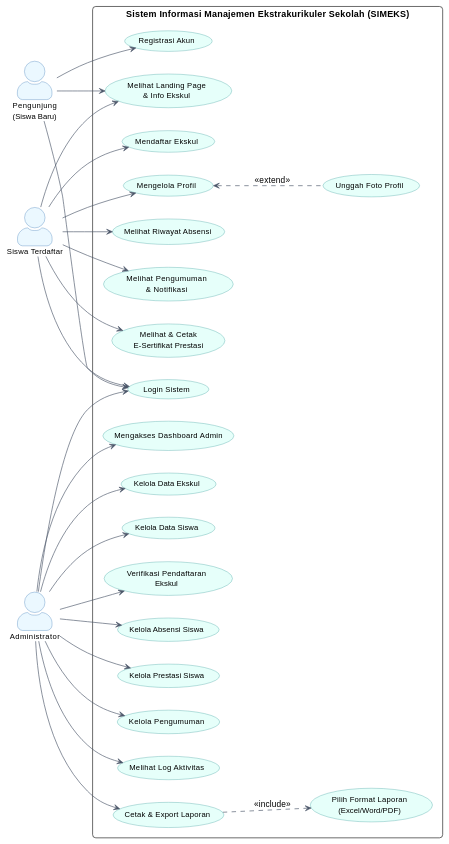
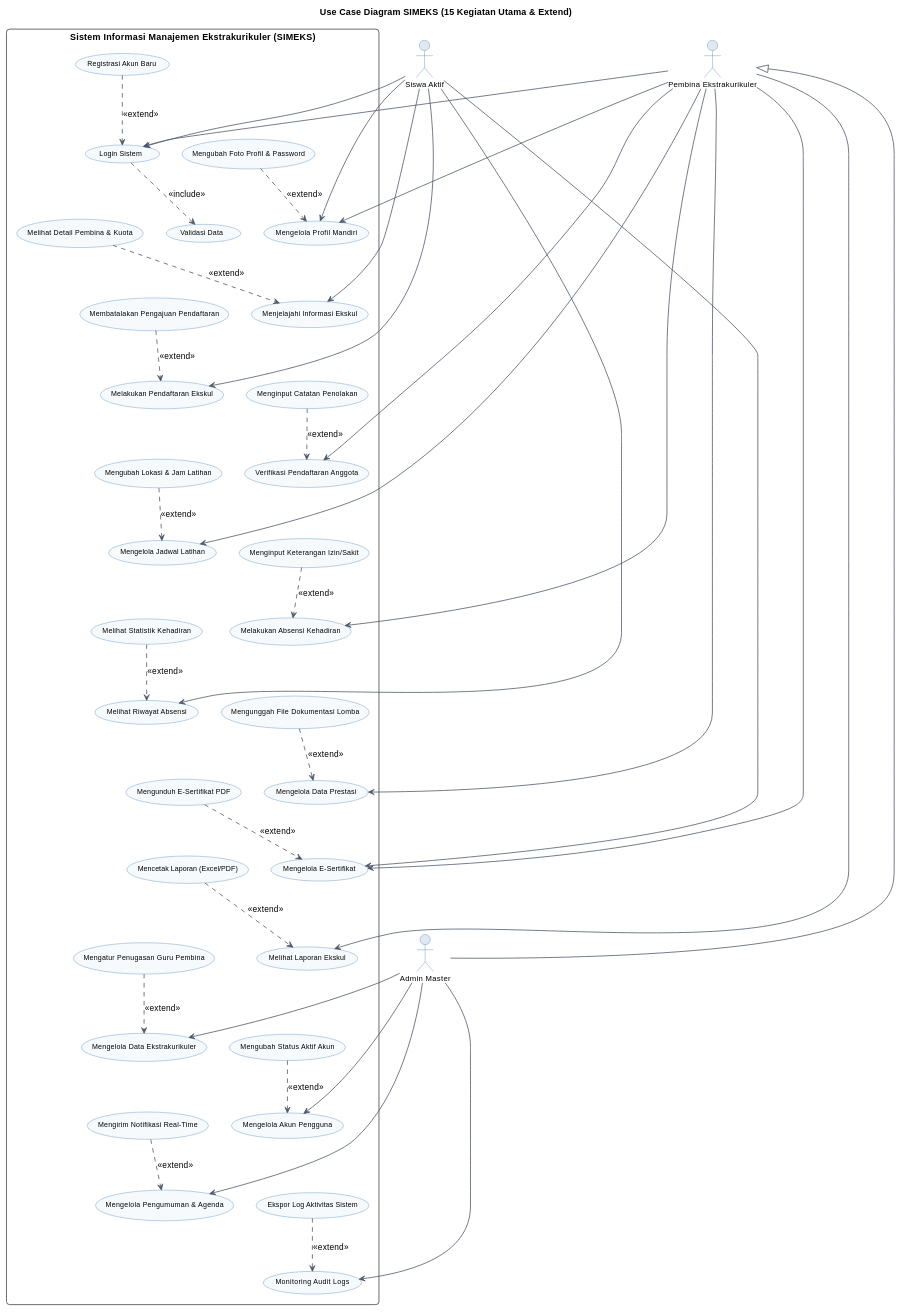
Before and after one commit to Darmanto212/SIMEKS: the diagram in use_case_simeks.md, drawn with PlantUML. The commit also changed other lines of this file and 4 other files, not shown here.

Commit message:
Update use case diagram, UI design documents, and user profile

````diff
--- a/use_case_simeks.md
+++ b/use_case_simeks.md
@@ -57,90 +94,153 @@
 ```plantuml
 @startuml
-skinparam actorStyle awesome
+' Arah tata letak diatur vertikal secara default
 skinparam packageStyle rectangle
 skinparam roundcorner 10
 skinparam shadowing false
+skinparam ArrowThickness 1.2
 
-' Palet Warna Modern & Estetik
+' Tema Warna Premium SIMEKS (Deep Blue)
 skinparam ArrowColor #4A5568
 skinparam ActorBorderColor #2B6CB0
-skinparam ActorBackgroundColor #EBF8FF
-skinparam UseCaseBorderColor #319795
-skinparam UseCaseBackgroundColor #E6FFFA
-skinparam UseCaseFontSize 12
-skinparam UseCaseFontName "Arial"
-skinparam ActorFontName "Arial"
+skinparam ActorBackgroundColor #E2E8F0
 skinparam ActorFontSize 12
+skinparam UseCaseBorderColor #2B6CB0
+skinparam UseCaseBackgroundColor #F7FAFC
+skinparam UseCaseFontSize 11
 
-left to right direction
+title Use Case Diagram SIMEKS (15 Kegiatan Utama & Extend)
 
-' --- Aktor ---
-actor "Pengunjung\n(Siswa Baru)" as Guest
-actor "Siswa Terdaftar" as Siswa
-actor "Administrator" as Admin
+' Aktor
+actor "Admin Master" as admin
+actor "Pembina Ekstrakurikuler" as pembina
+actor "Siswa Aktif" as siswa
 
-' --- Batasan Sistem (System Boundary) ---
-rectangle "Sistem Informasi Manajemen Ekstrakurikuler Sekolah (SIMEKS)" {
+' Pewarisan hak akses (Admin mewarisi hak Pembina)
+pembina <|-- admin
+
+rectangle "Sistem Informasi Manajemen Ekstrakurikuler (SIMEKS)" {
   
-  ' Use Cases - Autentikasi & Landing Page
-  usecase "Registrasi Akun" as UC_Register
+  ' --- 15 Use Case Utama & Pasangan Extend-nya ---
+  
+  ' 1. Login
   usecase "Login Sistem" as UC_Login
-  usecase "Melihat Landing Page\n& Info Ekskul" as UC_ViewInfo
+  usecase "Registrasi Akun Baru" as UC_Register
+  usecase "Validasi Data" as UC_Validasi
+  UC_Register ..> UC_Login : <<extend>>
+  UC_Login ..> UC_Validasi : <<include>>
   
-  ' Use Cases - Fitur Siswa
-  usecase "Mendaftar Ekskul" as UC_JoinEskul
-  usecase "Mengelola Profil" as UC_ManageProfile
-  usecase "Melihat Riwayat Absensi" as UC_ViewAttendance
-  usecase "Melihat Pengumuman\n& Notifikasi" as UC_ViewNotif
-  usecase "Melihat & Cetak\nE-Sertifikat Prestasi" as UC_PrintCert
+  ' 2. Profil
+  usecase "Mengelola Profil Mandiri" as UC_Profil
+  usecase "Mengubah Foto Profil & Password" as UC_EditProfil
+  UC_EditProfil ..> UC_Profil : <<extend>>
   
-  ' Sub-Use Case Siswa (Extend)
-  usecase "Unggah Foto Profil" as UC_UploadPhoto
+  ' 3. Jelajah Ekskul
+  usecase "Menjelajahi Informasi Ekskul" as UC_JelajahEskul
+  usecase "Melihat Detail Pembina & Kuota" as UC_DetailEskul
+  UC_DetailEskul ..> UC_JelajahEskul : <<extend>>
   
-  ' Use Cases - Fitur Admin
-  usecase "Mengakses Dashboard Admin" as UC_AdminDash
-  usecase "Kelola Data Ekskul" as UC_ManageEskul
-  usecase "Kelola Data Siswa" as UC_ManageSiswa
-  usecase "Verifikasi Pendaftaran\nEkskul" as UC_VerifyReg
-  usecase "Kelola Absensi Siswa" as UC_ManageAbsence
-  usecase "Kelola Prestasi Siswa" as UC_ManagePrestasi
-  usecase "Kelola Pengumuman" as UC_ManageNotif
-  usecase "Melihat Log Aktivitas" as UC_ViewLogs
-  usecase "Cetak & Export Laporan" as UC_ExportReport
+  ' 4. Daftar Ekskul
+  usecase "Melakukan Pendaftaran Ekskul" as UC_DaftarEskul
+  usecase "Membatalakan Pengajuan Pendaftaran" as UC_BatalDaftar
+  UC_BatalDaftar ..> UC_DaftarEskul : <<extend>>
   
-  ' Sub-Use Case Admin (Include)
-  usecase "Pilih Format Laporan\n(Excel/Word/PDF)" as UC_ReportFormat
+  ' 5. Verifikasi
+  usecase "Verifikasi Pendaftaran Anggota" as UC_Verifikasi
+  usecase "Menginput Catatan Penolakan" as UC_TolakCatatan
+  UC_TolakCatatan ..> UC_Verifikasi : <<extend>>
+  
+  ' 6. Jadwal
+  usecase "Mengelola Jadwal Latihan" as UC_Jadwal
+  usecase "Mengubah Lokasi & Jam Latihan" as UC_EditJadwal
+  UC_EditJadwal ..> UC_Jadwal : <<extend>>
+  
+  ' 7. Absensi
+  usecase "Melakukan Absensi Kehadiran" as UC_Absen
+  usecase "Menginput Keterangan Izin/Sakit" as UC_KeteranganAbsen
+  UC_KeteranganAbsen ..> UC_Absen : <<extend>>
+  
+  ' 8. Riwayat Absen Siswa
+  usecase "Melihat Riwayat Absensi" as UC_RiwayatAbsen
+  usecase "Melihat Statistik Kehadiran" as UC_StatistikAbsen
+  UC_StatistikAbsen ..> UC_RiwayatAbsen : <<extend>>
+  
+  ' 9. Prestasi
+  usecase "Mengelola Data Prestasi" as UC_Prestasi
+  usecase "Mengunggah File Dokumentasi Lomba" as UC_UploadDokumentasi
+  UC_UploadDokumentasi ..> UC_Prestasi : <<extend>>
+  
+  ' 10. Sertifikat
+  usecase "Mengelola E-Sertifikat" as UC_Sertifikat
+  usecase "Mengunduh E-Sertifikat PDF" as UC_UnduhSertifikat
+  UC_UnduhSertifikat ..> UC_Sertifikat : <<extend>>
+  
+  ' 11. Laporan
+  usecase "Melihat Laporan Ekskul" as UC_Laporan
+  usecase "Mencetak Laporan (Excel/PDF)" as UC_CetakLaporan
+  UC_CetakLaporan ..> UC_Laporan : <<extend>>
+  
+  ' 12. CRUD Ekskul Admin
+  usecase "Mengelola Data Ekstrakurikuler" as UC_CRUDEskul
+  usecase "Mengatur Penugasan Guru Pembina" as UC_TugasPembina
+  UC_TugasPembina ..> UC_CRUDEskul : <<extend>>
+  
+  ' 13. CRUD Pengguna Admin
+  usecase "Mengelola Akun Pengguna" as UC_CRUDUser
+  usecase "Mengubah Status Aktif Akun" as UC_StatusAkun
+  UC_StatusAkun ..> UC_CRUDUser : <<extend>>
+  
+  ' 14. CRUD Pengumuman Admin
+  usecase "Mengelola Pengumuman & Agenda" as UC_CRUDPengumuman
+  usecase "Mengirim Notifikasi Real-Time" as UC_Notifikasi
+  UC_Notifikasi ..> UC_CRUDPengumuman : <<extend>>
+  
+  ' 15. Audit Logs Admin
+  usecase "Monitoring Audit Logs" as UC_Logs
+  usecase "Ekspor Log Aktivitas Sistem" as UC_EksporLogs
+  UC_EksporLogs ..> UC_Logs : <<extend>>
 }
 
-' --- Relasi Pengunjung ---
-Guest --> UC_Register
-Guest --> UC_ViewInfo
-Guest --> UC_Login
+' --- Asosiasi Aktor ke Use Case Utama ---
 
-' --- Relasi Siswa Terdaftar ---
-Siswa --> UC_Login
-Siswa --> UC_ViewInfo
-Siswa --> UC_JoinEskul
-Siswa --> UC_ManageProfile
-Siswa --> UC_ViewAttendance
-Siswa --> UC_ViewNotif
-Siswa --> UC_PrintCert
+' Siswa Aktif
+siswa --> UC_Login
+siswa --> UC_Profil
+siswa --> UC_JelajahEskul
+siswa --> UC_DaftarEskul
+siswa --> UC_RiwayatAbsen
+siswa --> UC_Sertifikat
 
-' --- Relasi Administrator ---
-Admin --> UC_Login
-Admin --> UC_AdminDash
-Admin --> UC_ManageEskul
-Admin --> UC_ManageSiswa
-Admin --> UC_VerifyReg
-Admin --> UC_ManageAbsence
-Admin --> UC_ManagePrestasi
-Admin --> UC_ManageNotif
-Admin --> UC_ViewLogs
-Admin --> UC_ExportReport
+' Pembina Ekstrakurikuler
+pembina --> UC_Login
+pembina --> UC_Profil
+pembina --> UC_Verifikasi
+pembina --> UC_Jadwal
+pembina --> UC_Absen
+pembina --> UC_Prestasi
+pembina --> UC_Laporan
+pembina --> UC_Sertifikat
 
-' --- Hubungan Include & Extend ---
-UC_ManageProfile <.. UC_UploadPhoto : <<extend>>
-UC_ExportReport ..> UC_ReportFormat : <<include>>
+' Admin Master
+admin --> UC_CRUDEskul
+admin --> UC_CRUDUser
+admin --> UC_CRUDPengumuman
+admin --> UC_Logs
 
-@endum
+' Pengaturan susunan vertikal
+UC_Login -[hidden]down-> UC_Profil
+UC_Profil -[hidden]down-> UC_JelajahEskul
+UC_JelajahEskul -[hidden]down-> UC_DaftarEskul
+UC_DaftarEskul -[hidden]down-> UC_Verifikasi
+UC_Verifikasi -[hidden]down-> UC_Jadwal
+UC_Jadwal -[hidden]down-> UC_Absen
+UC_Absen -[hidden]down-> UC_RiwayatAbsen
+UC_RiwayatAbsen -[hidden]down-> UC_Prestasi
+UC_Prestasi -[hidden]down-> UC_Sertifikat
+UC_Sertifikat -[hidden]down-> UC_Laporan
+UC_Laporan -[hidden]down-> UC_CRUDEskul
+UC_CRUDEskul -[hidden]down-> UC_CRUDUser
+UC_CRUDUser -[hidden]down-> UC_CRUDPengumuman
+UC_CRUDPengumuman -[hidden]down-> UC_Logs
+
+@enduml
 ```
````
